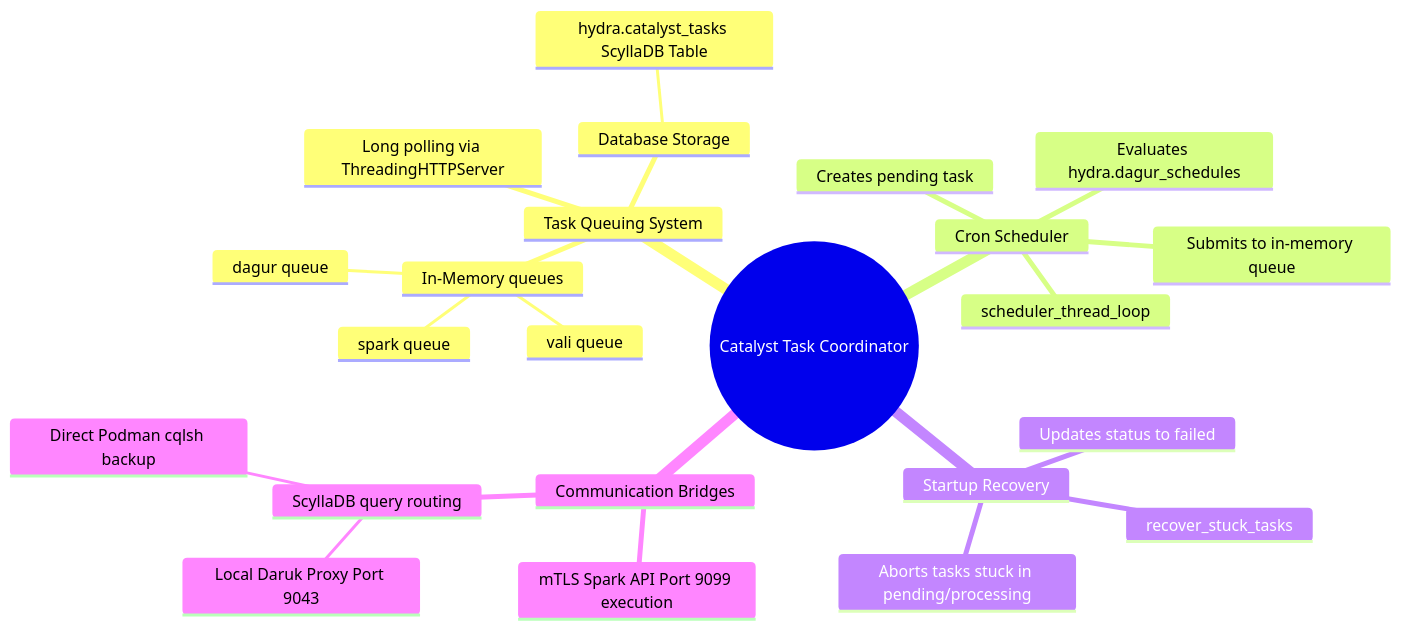
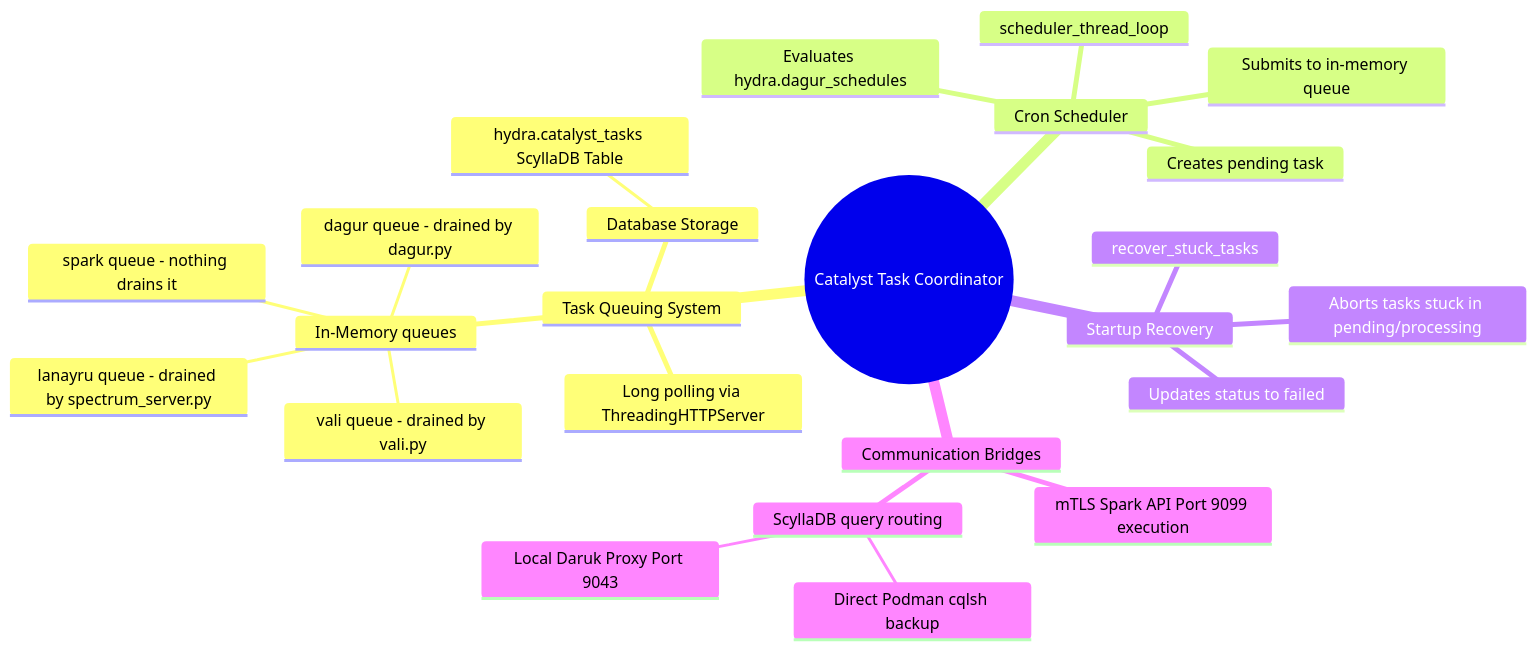
Before and after one commit to AuroraRyunix/Helios-HCI: the diagram in docs/catalyst_technical.md, drawn with Mermaid. The commit also changed 38 other files, not shown here.

````diff
--- a/docs/catalyst_technical.md
+++ b/docs/catalyst_technical.md
@@ -7,26 +7,27 @@
 ```mermaid
 mindmap
   root((Catalyst Task Coordinator))
     Task Queuing System
       In-Memory queues
-        vali queue
-        dagur queue
-        spark queue
+        vali queue - drained by vali.py
+        dagur queue - drained by dagur.py
+        lanayru queue - drained by spectrum_server.py
+        spark queue - nothing drains it
       Database Storage
         hydra.catalyst_tasks ScyllaDB Table
       Long polling via ThreadingHTTPServer
     Cron Scheduler
       scheduler_thread_loop
       Evaluates hydra.dagur_schedules
       Creates pending task
       Submits to in-memory queue
     Startup Recovery
       recover_stuck_tasks
       Aborts tasks stuck in pending/processing
       Updates status to failed
     Communication Bridges
       mTLS Spark API Port 9099 execution
       ScyllaDB query routing
         Local Daruk Proxy Port 9043
         Direct Podman cqlsh backup
 ```
````
